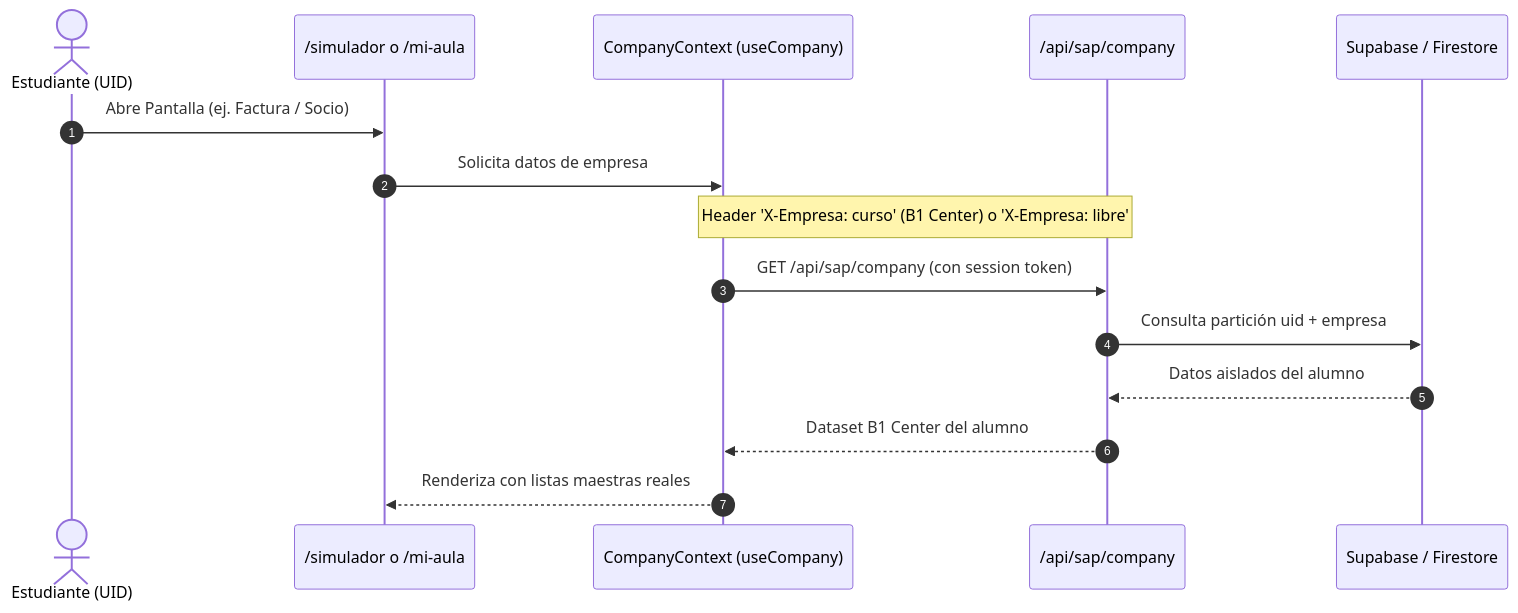
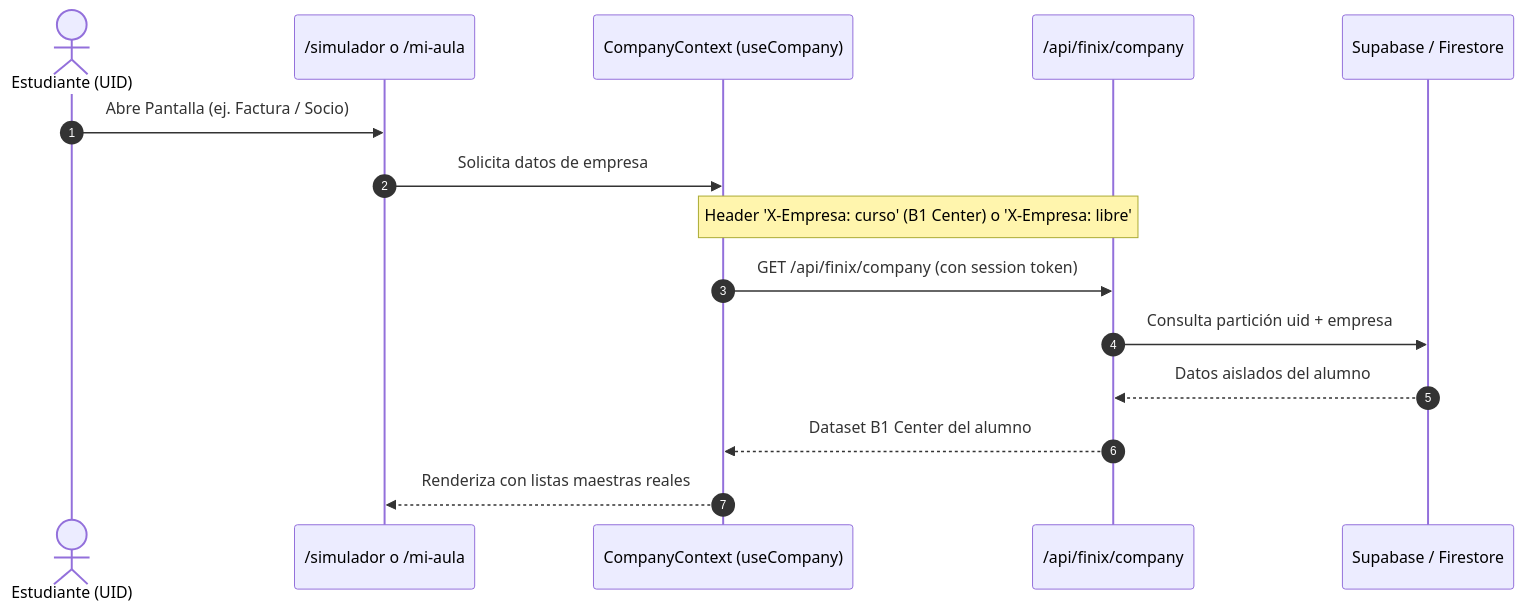
One commit to pablofgarciaf/B1-ACADEMY changed the second of 2 diagrams in docs/18_Simulador_Departamentos_y_Aislamiento_Supabase.md. Above: the diagram before and after it, drawn with Mermaid. The commit also changed other lines of this file and 4125 other files, not shown here.

````diff
--- a/docs/18_Simulador_Departamentos_y_Aislamiento_Supabase.md
+++ b/docs/18_Simulador_Departamentos_y_Aislamiento_Supabase.md
@@ -61,18 +61,18 @@
 ```mermaid
 sequenceDiagram
     autonumber
     actor Alumno as Estudiante (UID)
     participant Shell as /simulador o /mi-aula
     participant Context as CompanyContext (useCompany)
-    participant API as /api/sap/company
+    participant API as /api/finix/company
     participant DB as Supabase / Firestore
 
     Alumno->>Shell: Abre Pantalla (ej. Factura / Socio)
     Shell->>Context: Solicita datos de empresa
     Note over Context,API: Header 'X-Empresa: curso' (B1 Center) o 'X-Empresa: libre'
-    Context->>API: GET /api/sap/company (con session token)
+    Context->>API: GET /api/finix/company (con session token)
     API->>DB: Consulta partición uid + empresa
     DB-->>API: Datos aislados del alumno
     API-->>Context: Dataset B1 Center del alumno
     Context-->>Shell: Renderiza con listas maestras reales
 ```
````
